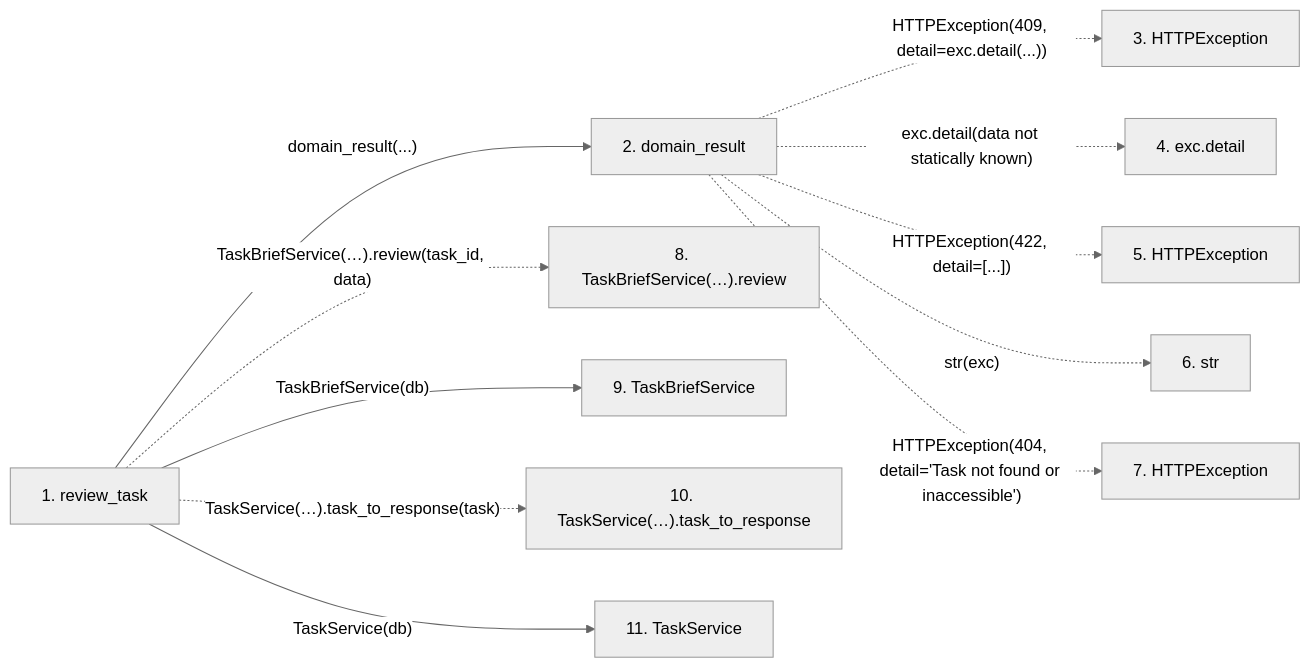
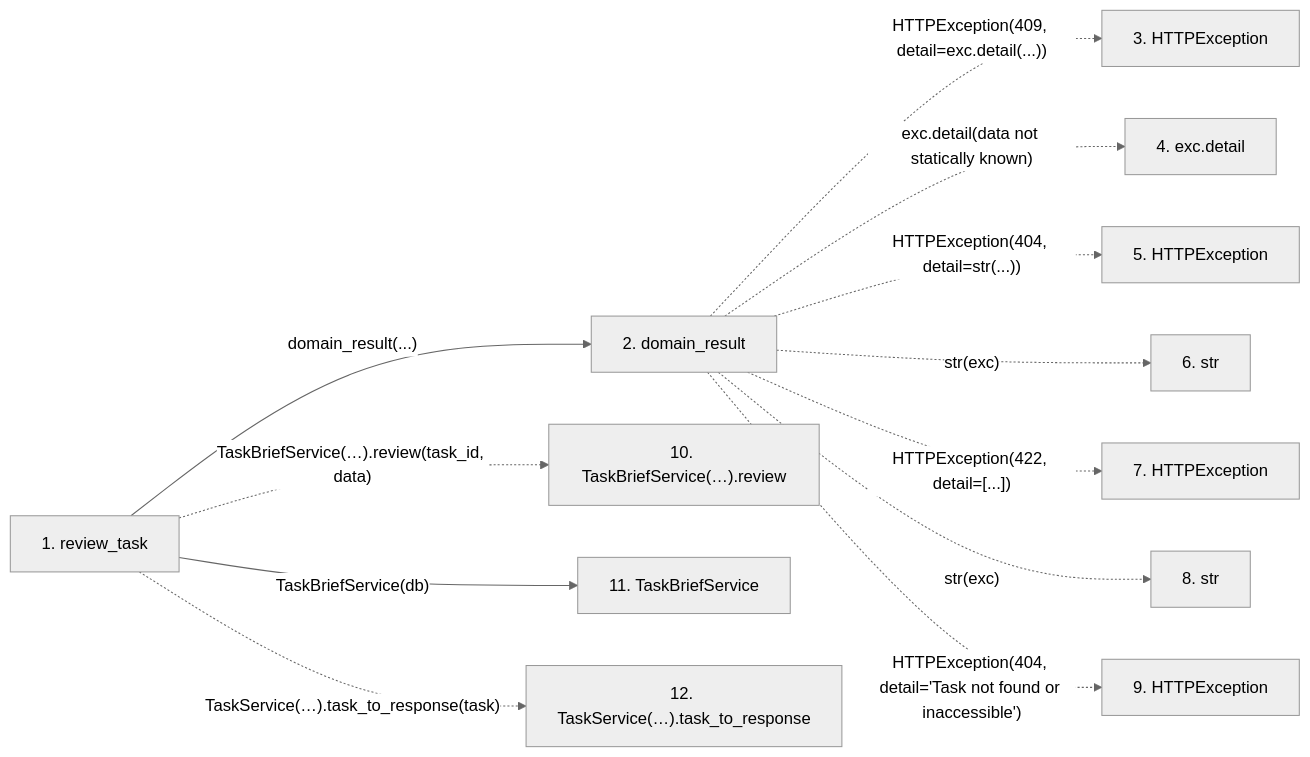
One commit to Denissvgn/WorkChord changed the second of 2 diagrams in docs/llm_wiki/flows/http-review_task.md. Above: the diagram before and after it, drawn with Mermaid (neutral theme). The commit also changed other lines of this file and 6624 other files, not shown here.

````diff
--- a/docs/llm_wiki/flows/http-review_task.md
+++ b/docs/llm_wiki/flows/http-review_task.md
@@ -36,28 +38,29 @@
 ```mermaid
 flowchart LR
     s1["1. review_task"]
     s2["2. domain_result"]
     s3["3. HTTPException"]
     s4["4. exc.detail"]
     s5["5. HTTPException"]
     s6["6. str"]
     s7["7. HTTPException"]
-    s8["8. TaskBriefService(…).review"]
-    s9["9. TaskBriefService"]
-    s10["10. TaskService(…).task_to_response"]
-    s11["11. TaskService"]
+    s8["8. str"]
+    s9["9. HTTPException"]
+    s10["10. TaskBriefService(…).review"]
+    s11["11. TaskBriefService"]
+    s12["12. TaskService(…).task_to_response"]
     s1 -->|"domain_result(...)"| s2
     s2 -. "HTTPException(409, detail=exc.detail(...))" .-> s3
     s2 -. "exc.detail(data not statically known)" .-> s4
-    s2 -. "HTTPException(422, detail=[...])" .-> s5
+    s2 -. "HTTPException(404, detail=str(...))" .-> s5
     s2 -. "str(exc)" .-> s6
-    s2 -. "HTTPException(404, detail='Task not found or inaccessible')" .-> s7
-    s1 -. "TaskBriefService(…).review(task_id, data)" .-> s8
-    s1 -->|"TaskBriefService(db)"| s9
-    s1 -. "TaskService(…).task_to_response(task)" .-> s10
-    s1 -->|"TaskService(db)"| s11
+    s2 -. "HTTPException(422, detail=[...])" .-> s7
+    s2 -. "str(exc)" .-> s8
+    s2 -. "HTTPException(404, detail='Task not found or inaccessible')" .-> s9
+    s1 -. "TaskBriefService(…).review(task_id, data)" .-> s10
+    s1 -->|"TaskBriefService(db)"| s11
+    s1 -. "TaskService(…).task_to_response(task)" .-> s12
     click s1 "../modules/routers_task_domain.md"
     click s2 "../modules/routers_task_domain.md"
-    click s9 "../modules/task_brief_service.md"
-    click s11 "../modules/task_service.md"
+    click s11 "../modules/task_brief_service.md"
 ```
````
